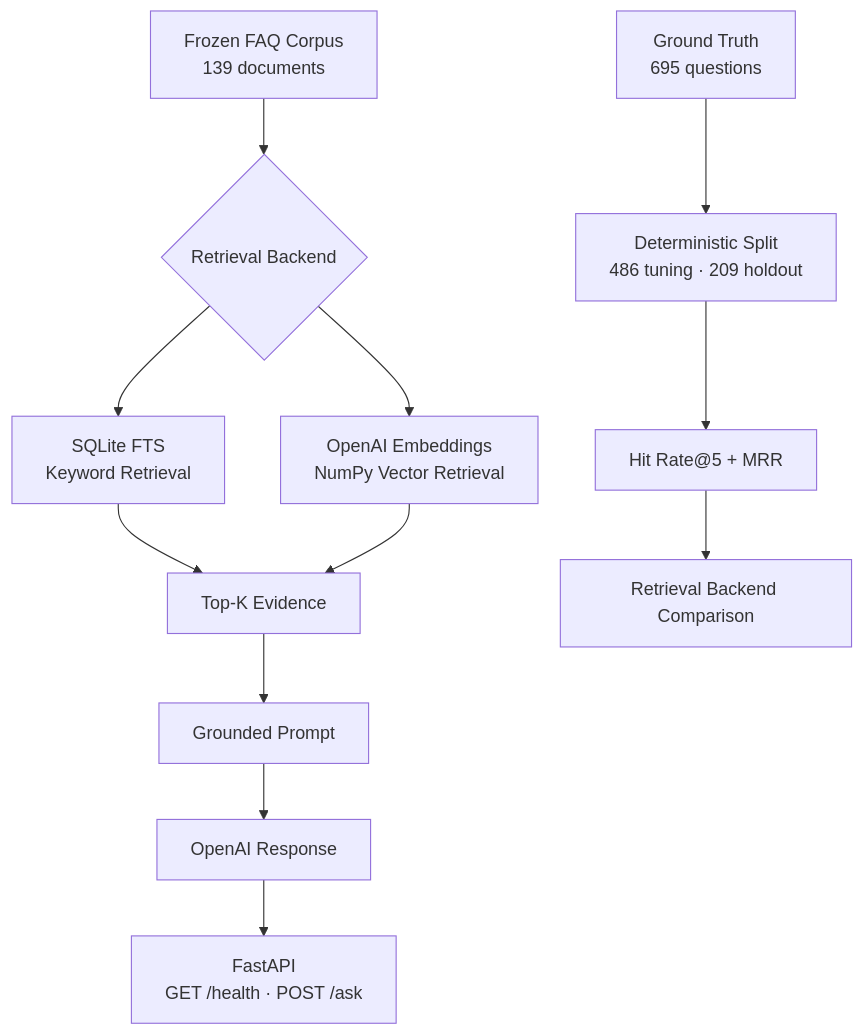
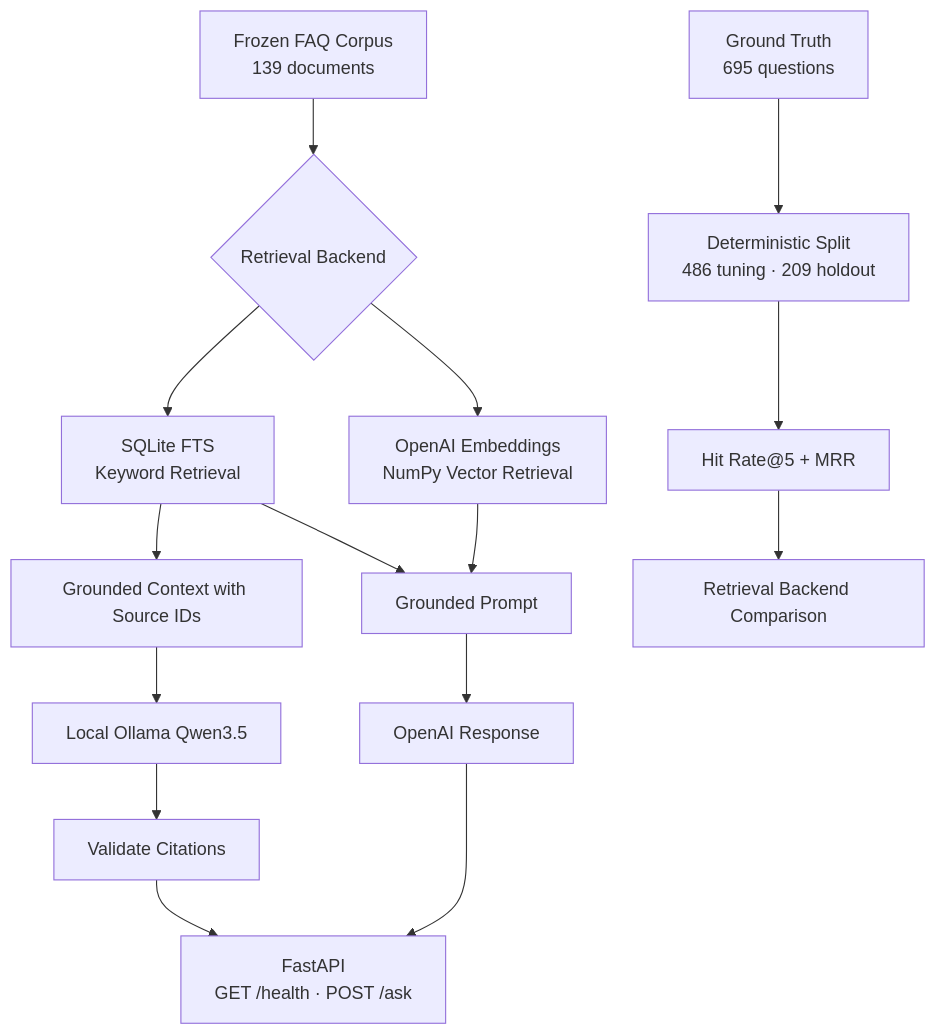
The diagram in README.md (VincentJ9209/rag-knowledge-assistant), drawn with Mermaid before and after one commit. The commit also changed other lines of this file and 4 other files, not shown here.

First line of the commit message:
feat: add local FAQ RAG with Ollama

````diff
--- a/README.md
+++ b/README.md
@@ -29,15 +29,18 @@
 ```mermaid
 flowchart TD
     A[Frozen FAQ Corpus<br/>139 documents] --> B{Retrieval Backend}
     B --> C[SQLite FTS<br/>Keyword Retrieval]
     B --> D[OpenAI Embeddings<br/>NumPy Vector Retrieval]
-    C --> E[Top-K Evidence]
+    C --> E[Grounded Prompt]
     D --> E
-    E --> F[Grounded Prompt]
-    F --> G[OpenAI Response]
+    E --> G[OpenAI Response]
+    C --> M[Grounded Context with Source IDs]
+    M --> N[Local Ollama Qwen3.5]
+    N --> O[Validate Citations]
+    O --> H
     G --> H[FastAPI<br/>GET /health · POST /ask]
 
     I[Ground Truth<br/>695 questions] --> J[Deterministic Split<br/>486 tuning · 209 holdout]
     J --> K[Hit Rate@5 + MRR]
     K --> L[Retrieval Backend Comparison]
 ```
````
